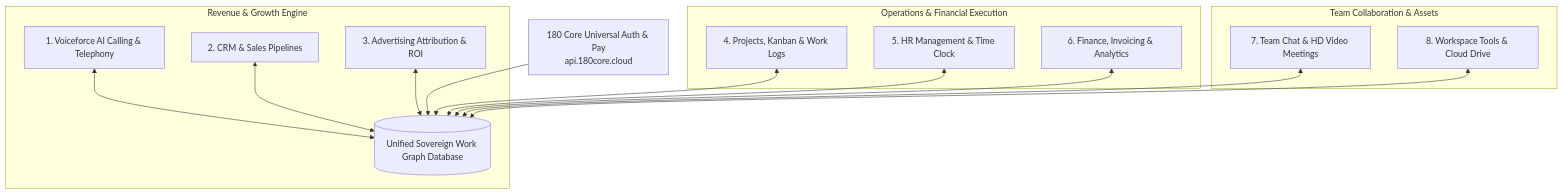
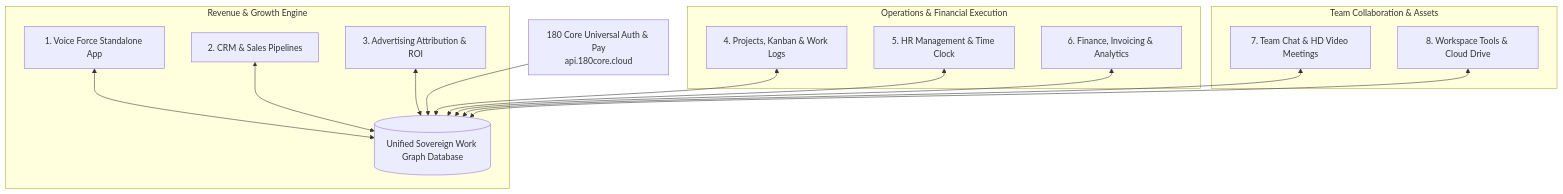
Before and after one commit to simplicion/180Public-Sites: the diagram in apps/docs/docs/products/180-workspace/01-overview.md, drawn with Mermaid. The commit also changed other lines of this file and 1 other file, not shown here.

Commit message:
chore(docs): move voiceforce documentation to standalone Voice Force project

````diff
--- a/apps/docs/docs/products/180-workspace/01-overview.md
+++ b/apps/docs/docs/products/180-workspace/01-overview.md
@@ -15,23 +15,23 @@
 ```mermaid
 graph TD
     WG[(Unified Sovereign Work Graph Database)]
     
     subgraph "Revenue & Growth Engine"
-        A1[1. Voiceforce AI Calling & Telephony] <--> WG
+        A1[1. Voice Force Standalone App] <--> WG
         A2[2. CRM & Sales Pipelines] <--> WG
         A3[3. Advertising Attribution & ROI] <--> WG
     end
 
     subgraph "Operations & Financial Execution"
         A4[4. Projects, Kanban & Work Logs] <--> WG
         A5[5. HR Management & Time Clock] <--> WG
         A6[6. Finance, Invoicing & Analytics] <--> WG
     end
 
     subgraph "Team Collaboration & Assets"
         A7[7. Team Chat & HD Video Meetings] <--> WG
         A8[8. Workspace Tools & Cloud Drive] <--> WG
     end
 
     Core[180 Core Universal Auth & Pay<br/>api.180core.cloud] --> WG
 ```
````
